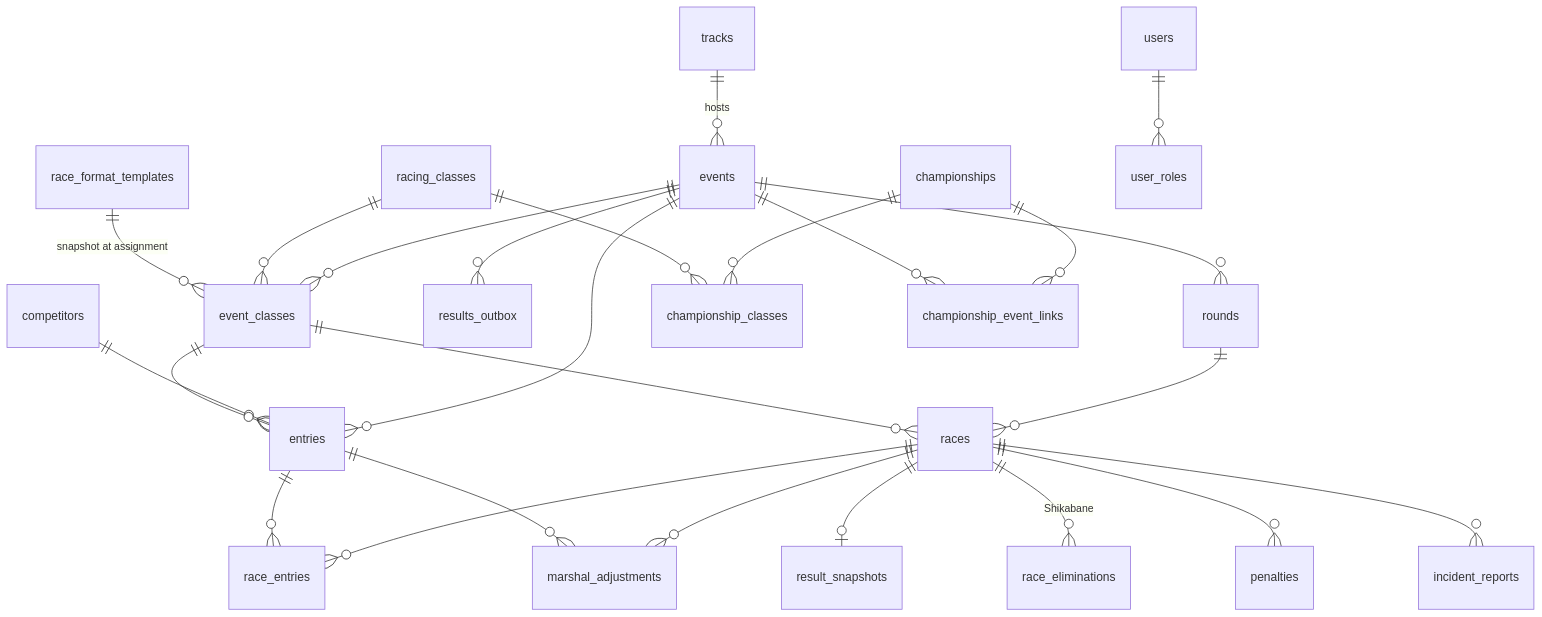
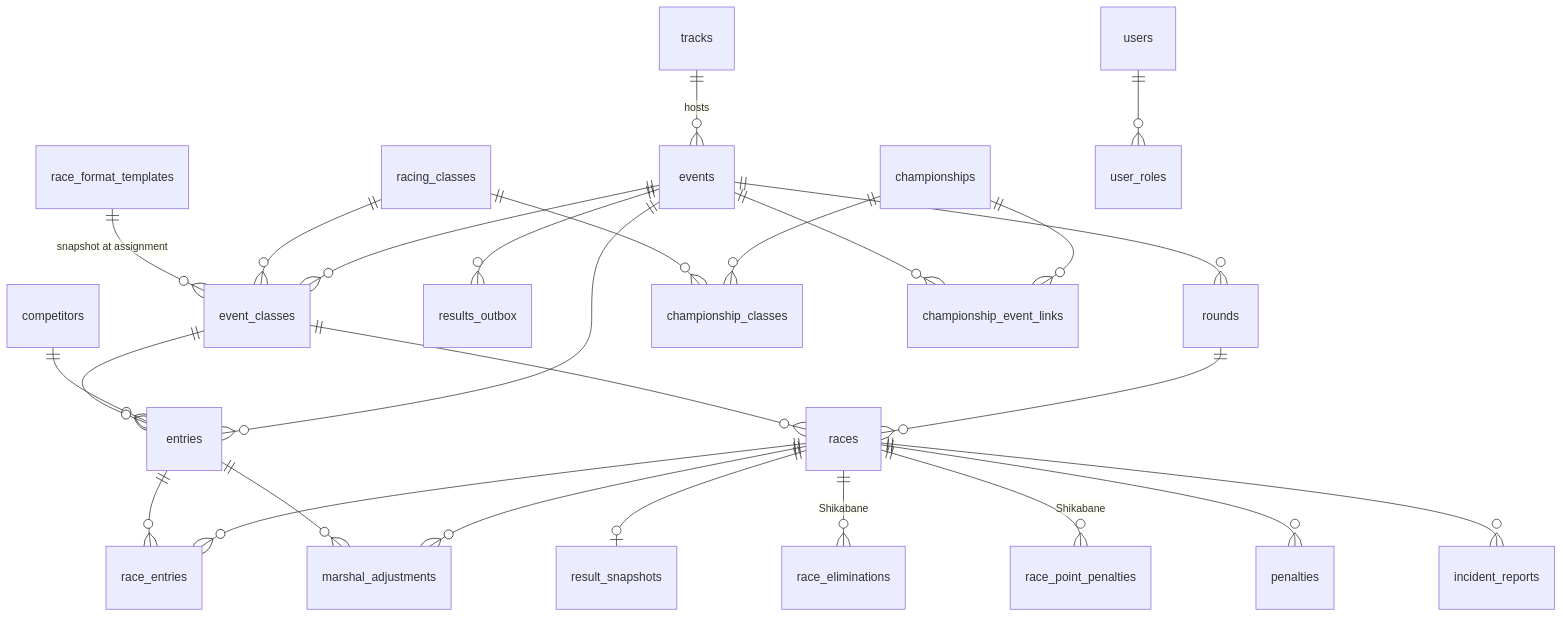
The third of 3 diagrams in docs/developer/domain-model.md (RCRaceHub/RCTimingControl), drawn with Mermaid before and after one commit. The commit also changed other lines of this file and 32 other files, not shown here.

````diff
--- a/docs/developer/domain-model.md
+++ b/docs/developer/domain-model.md
@@ -149,27 +155,28 @@
 ```mermaid
 erDiagram
     tracks ||--o{ events : "hosts"
     events ||--o{ event_classes : ""
     events ||--o{ rounds : ""
     events ||--o{ entries : ""
     events ||--o{ results_outbox : ""
     racing_classes ||--o{ event_classes : ""
     race_format_templates ||--o{ event_classes : "snapshot at assignment"
     competitors ||--o{ entries : ""
     event_classes ||--o{ entries : ""
     rounds ||--o{ races : ""
     event_classes ||--o{ races : ""
     races ||--o{ race_entries : ""
     entries ||--o{ race_entries : ""
     races ||--o| result_snapshots : ""
     races ||--o{ marshal_adjustments : ""
     races ||--o{ race_eliminations : "Shikabane"
+    races ||--o{ race_point_penalties : "Shikabane"
     races ||--o{ penalties : ""
     races ||--o{ incident_reports : ""
     entries ||--o{ marshal_adjustments : ""
     championships ||--o{ championship_classes : ""
     championships ||--o{ championship_event_links : ""
     events ||--o{ championship_event_links : ""
     racing_classes ||--o{ championship_classes : ""
     users ||--o{ user_roles : ""
 ```
````
